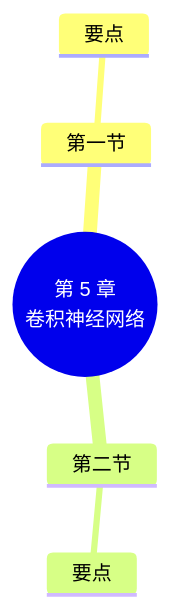
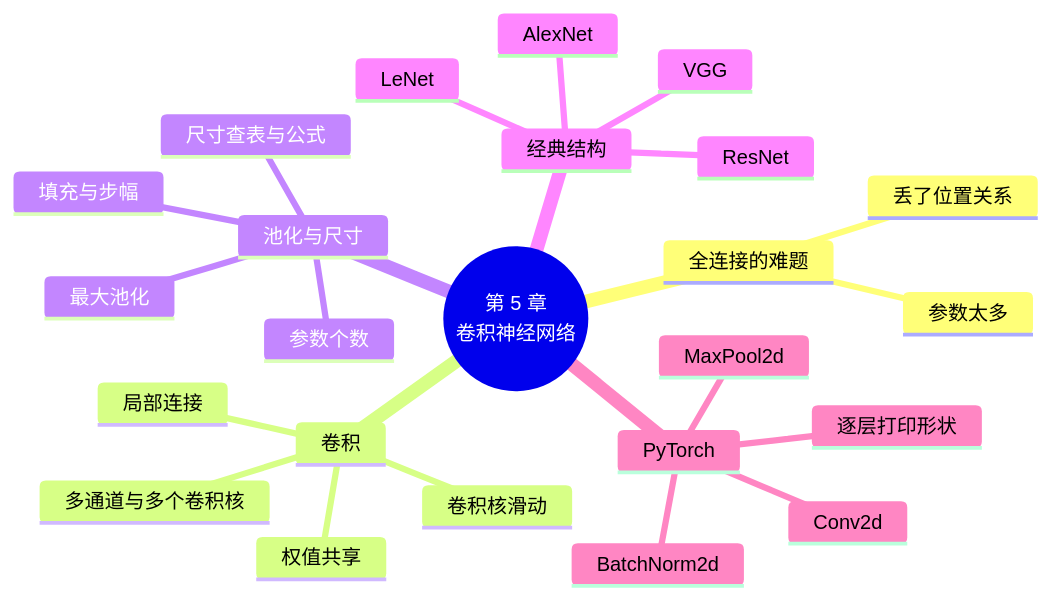
The diagram in docs/chapters/05-cnn/index.md (MingziFu9/dl-textbook), drawn with Mermaid before and after one commit. The commit also changed other lines of this file and 9 other files, not shown here.

````diff
--- a/docs/chapters/05-cnn/index.md
+++ b/docs/chapters/05-cnn/index.md
@@ -188,8 +603,27 @@
 ```mermaid
 mindmap
   root((第 5 章<br/>卷积神经网络))
-    第一节
-      要点
-    第二节
-      要点
+    全连接的难题
+      参数太多
+      丢了位置关系
+    卷积
+      卷积核滑动
+      局部连接
+      权值共享
+      多通道与多个卷积核
+    池化与尺寸
+      最大池化
+      填充与步幅
+      尺寸查表与公式
+      参数个数
+    经典结构
+      LeNet
+      AlexNet
+      VGG
+      ResNet
+    PyTorch
+      Conv2d
+      MaxPool2d
+      BatchNorm2d
+      逐层打印形状
 ```
````
